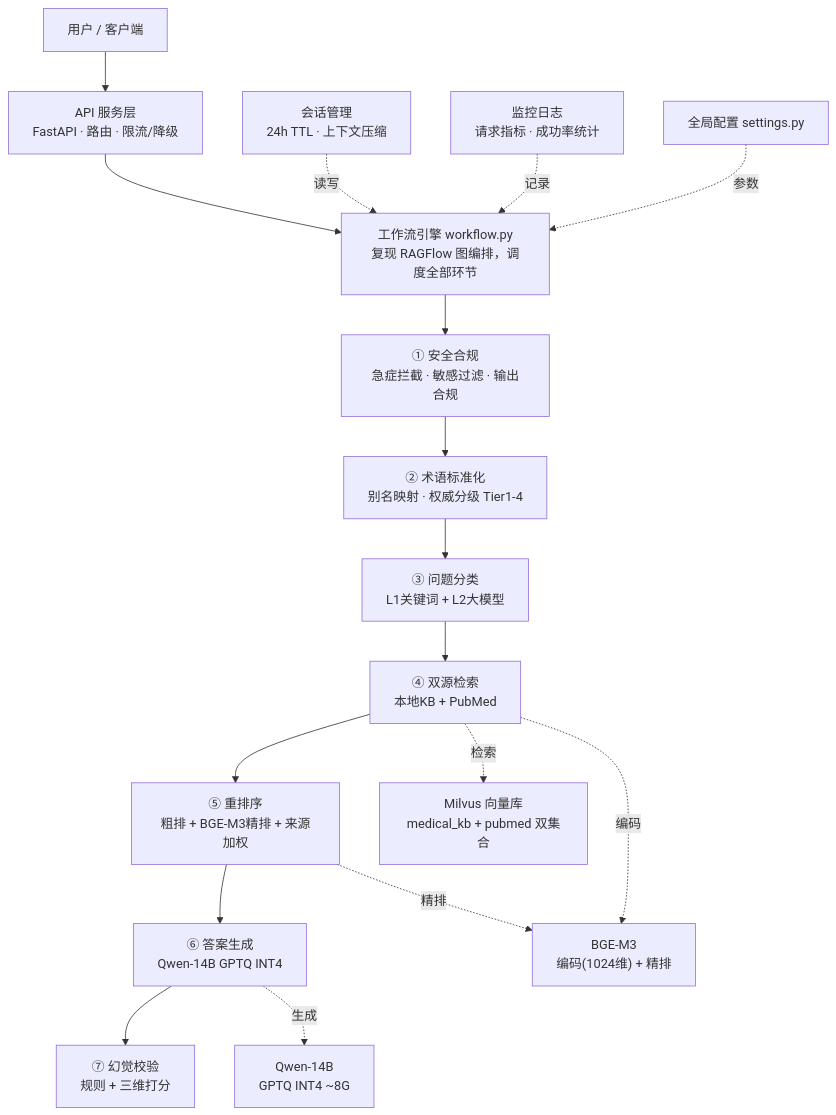
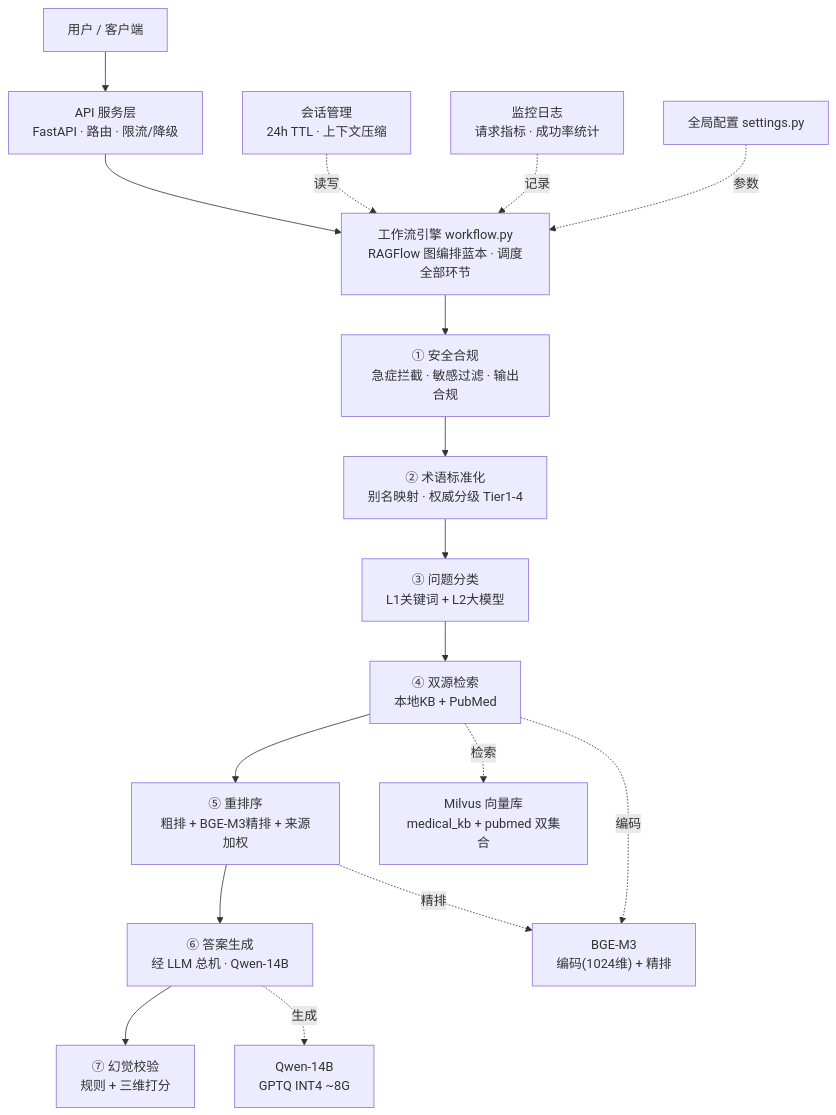
The diagram in README.md (shifeng-yu/medical-rag-agent), drawn with Mermaid before and after one commit. The commit also changed other lines of this file and 16 other files, not shown here.

````diff
--- a/README.md
+++ b/README.md
@@ -24,32 +27,32 @@
 ```mermaid
 flowchart TB
     U["用户 / 客户端"] --> API["API 服务层<br/>FastAPI · 路由 · 限流/降级"]
-    API --> WF["工作流引擎 workflow.py<br/>复现 RAGFlow 图编排，调度全部环节"]
+    API --> WF["工作流引擎 workflow.py<br/>RAGFlow 图编排蓝本 · 调度全部环节"]
 
     S1["① 安全合规<br/>急症拦截 · 敏感过滤 · 输出合规"]
     S2["② 术语标准化<br/>别名映射 · 权威分级 Tier1-4"]
     S3["③ 问题分类<br/>L1关键词 + L2大模型"]
     S4["④ 双源检索<br/>本地KB + PubMed"]
     S5["⑤ 重排序<br/>粗排 + BGE-M3精排 + 来源加权"]
-    S6["⑥ 答案生成<br/>Qwen-14B GPTQ INT4"]
+    S6["⑥ 答案生成<br/>经 LLM 总机 · Qwen-14B"]
     S7["⑦ 幻觉校验<br/>规则 + 三维打分"]
 
     WF --> S1 --> S2 --> S3 --> S4 --> S5 --> S6 --> S7
 
     MILVUS["Milvus 向量库<br/>medical_kb + pubmed 双集合"]
     BGE["BGE-M3<br/>编码(1024维) + 精排"]
     QWEN["Qwen-14B<br/>GPTQ INT4 ~8G"]
 
     S4 -. 检索 .-> MILVUS
     S4 -. 编码 .-> BGE
     S5 -. 精排 .-> BGE
     S6 -. 生成 .-> QWEN
 
     SESS["会话管理<br/>24h TTL · 上下文压缩"]
     MON["监控日志<br/>请求指标 · 成功率统计"]
     CFG["全局配置 settings.py"]
 
     SESS -. 读写 .-> WF
     MON -. 记录 .-> WF
     CFG -. 参数 .-> WF
 ```
````
